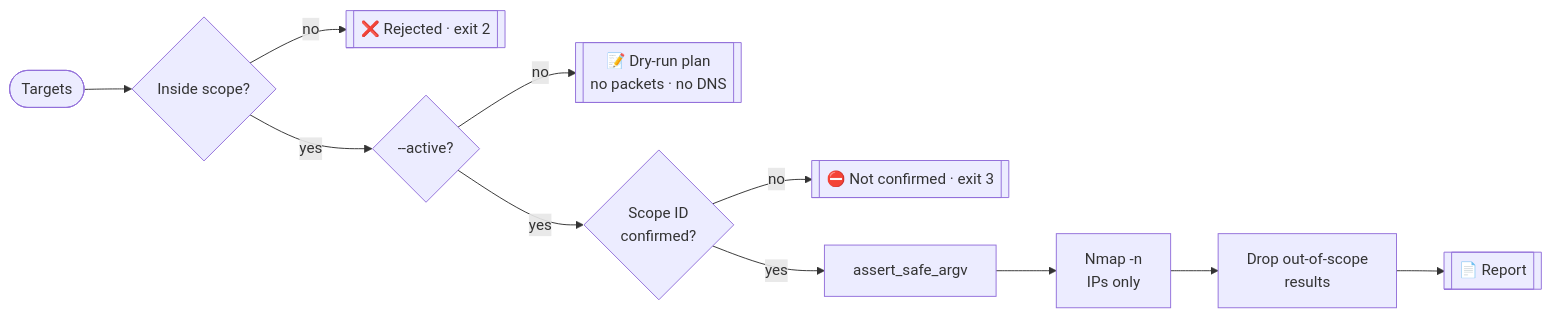
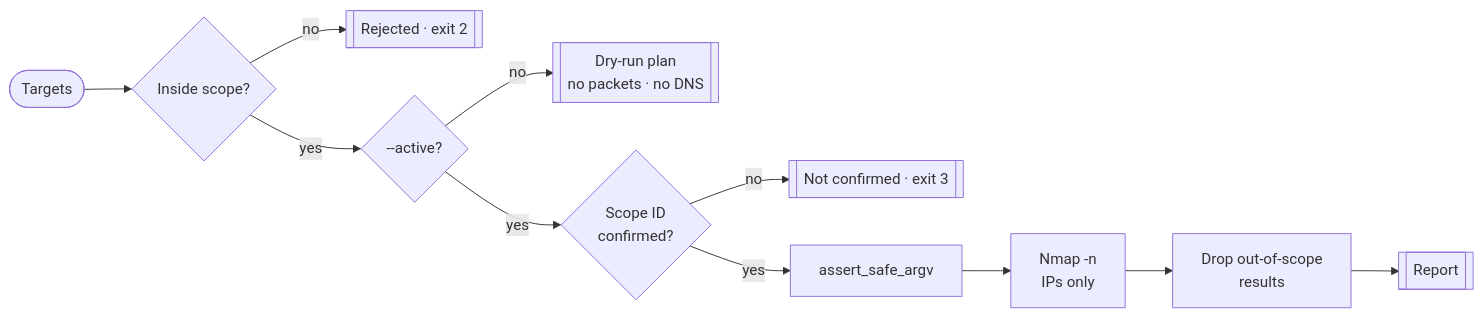
One commit to Omarnano11498/Secassess changed the first of 2 diagrams in README.md. Above: the diagram before and after it, drawn with Mermaid. The commit also changed other lines of this file, not shown here.

````diff
--- a/README.md
+++ b/README.md
@@ -82,10 +48,10 @@
 ```mermaid
 flowchart LR
     T([Targets]) --> S{"Inside scope?"}
-    S -- no --> R1[["❌ Rejected · exit 2"]]
+    S -- no --> R1[["Rejected · exit 2"]]
     S -- yes --> A{"--active?"}
-    A -- no --> D[["📝 Dry-run plan<br/>no packets · no DNS"]]
+    A -- no --> D[["Dry-run plan<br/>no packets · no DNS"]]
     A -- yes --> C{"Scope ID<br/>confirmed?"}
-    C -- no --> R2[["⛔ Not confirmed · exit 3"]]
-    C -- yes --> G["assert_safe_argv"] --> N["Nmap -n<br/>IPs only"] --> F["Drop out-of-scope<br/>results"] --> REP[["📄 Report"]]
+    C -- no --> R2[["Not confirmed · exit 3"]]
+    C -- yes --> G["assert_safe_argv"] --> N["Nmap -n<br/>IPs only"] --> F["Drop out-of-scope<br/>results"] --> REP[["Report"]]
 ```
````
